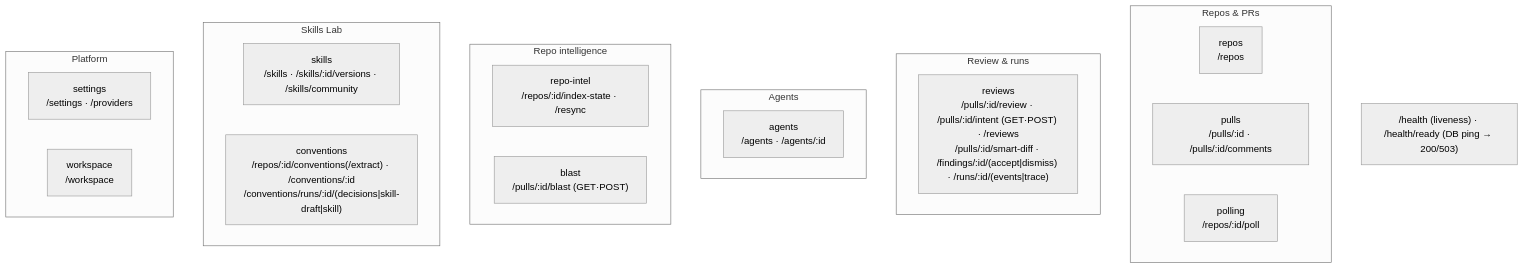
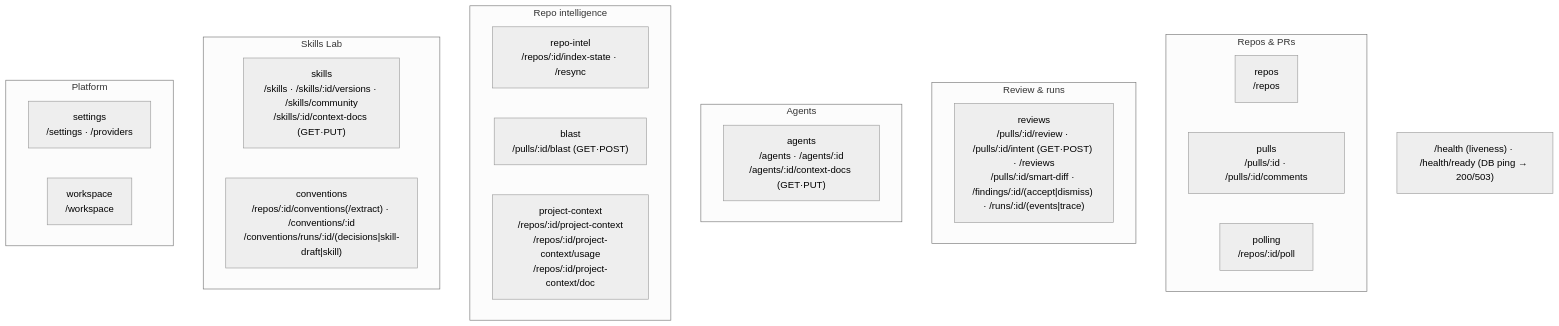
Before and after one commit to lv211184pmi/dev-digest: the second of 2 diagrams in server/README.md, drawn with Mermaid (neutral theme). The commit also changed other lines of this file and 123 other files, not shown here.

Commit message:
[l04] Project Context

````diff
--- a/server/README.md
+++ b/server/README.md
@@ -64,27 +64,28 @@
 ```mermaid
 flowchart TB
   subgraph Repos_PRs["Repos & PRs"]
     repos["repos<br/>/repos"]
     pulls["pulls<br/>/pulls/:id · /pulls/:id/comments"]
     polling["polling<br/>/repos/:id/poll"]
   end
   subgraph Review["Review & runs"]
     reviews["reviews<br/>/pulls/:id/review · /pulls/:id/intent (GET·POST) · /reviews<br/>/pulls/:id/smart-diff · /findings/:id/(accept|dismiss) · /runs/:id/(events|trace)"]
   end
   subgraph Agents["Agents"]
-    agents["agents<br/>/agents · /agents/:id"]
+    agents["agents<br/>/agents · /agents/:id<br/>/agents/:id/context-docs (GET·PUT)"]
   end
   subgraph Intel["Repo intelligence"]
     repoIntel["repo-intel<br/>/repos/:id/index-state · /resync"]
     blast["blast<br/>/pulls/:id/blast (GET·POST)"]
+    projectContext["project-context<br/>/repos/:id/project-context<br/>/repos/:id/project-context/usage<br/>/repos/:id/project-context/doc"]
   end
   subgraph SkillsLab["Skills Lab"]
-    skills["skills<br/>/skills · /skills/:id/versions · /skills/community"]
+    skills["skills<br/>/skills · /skills/:id/versions · /skills/community<br/>/skills/:id/context-docs (GET·PUT)"]
     conventions["conventions<br/>/repos/:id/conventions(/extract) · /conventions/:id<br/>/conventions/runs/:id/(decisions|skill-draft|skill)"]
   end
   subgraph Platform["Platform"]
     settings["settings<br/>/settings · /providers"]
     workspace["workspace<br/>/workspace"]
   end
   HEALTH["/health (liveness) · /health/ready (DB ping → 200/503)"]
 ```
````
